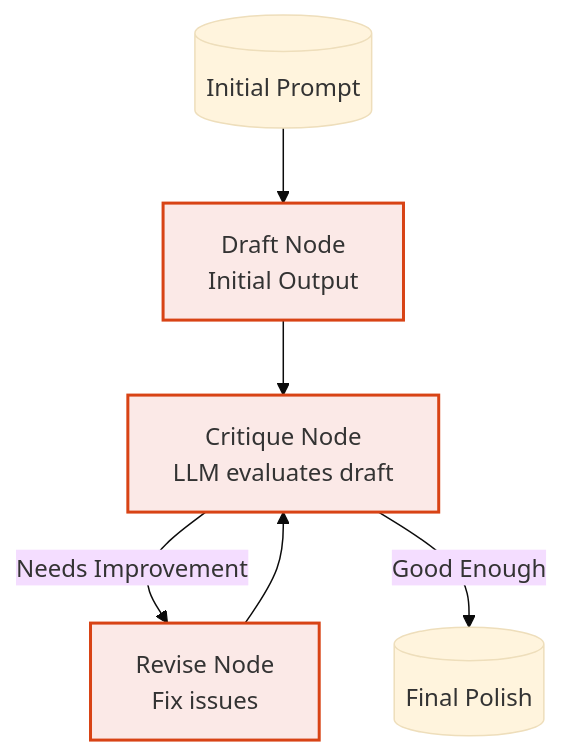
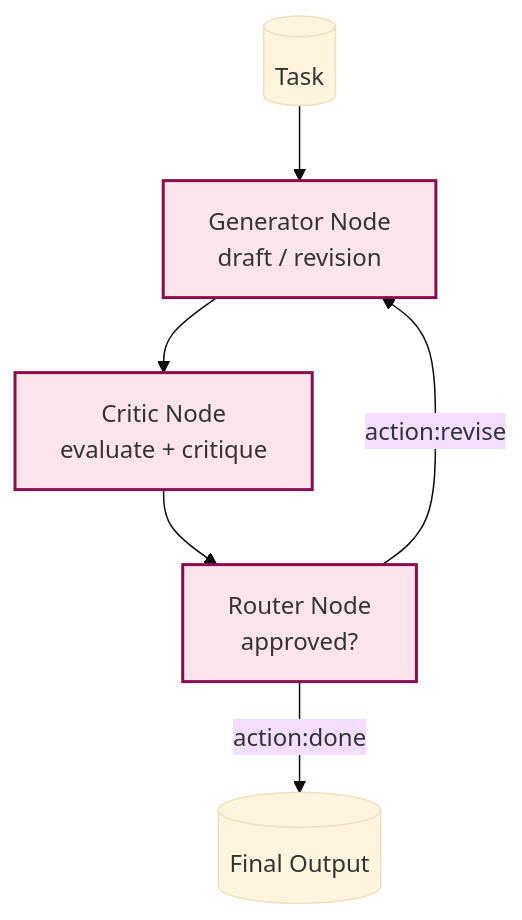
Before and after one commit to EzekTec-Inc/AgentFlow: the diagram in examples/REFLECTION.md, drawn with Mermaid (base theme). The commit also changed other lines of this file and 23 other files, not shown here.

````diff
--- a/examples/REFLECTION.md
+++ b/examples/REFLECTION.md
@@ -18,11 +28,11 @@
 ```mermaid
 graph TD
-    Input[(Initial Prompt)] --> Draft[Draft Node<br>Initial Output]
-    Draft --> Critique[Critique Node<br>LLM evaluates draft]
-    Critique -->|Needs Improvement| Revise[Revise Node<br>Fix issues]
-    Revise --> Critique
-    Critique -->|Good Enough| End[(Final Polish)]
-    
-    classDef reflect fill:#fbe9e7,stroke:#d84315,stroke-width:2px;
-    class Draft,Critique,Revise reflect;
+    Task[(Task)] --> Gen[Generator Node<br>draft / revision]
+    Gen --> Critic[Critic Node<br>evaluate + critique]
+    Critic --> Router[Router Node<br>approved?]
+    Router -->|action:revise| Gen
+    Router -->|action:done| Output[(Final Output)]
+
+    classDef reflect fill:#fce4ec,stroke:#880e4f,stroke-width:2px;
+    class Gen,Critic,Router reflect;
 ```
````
